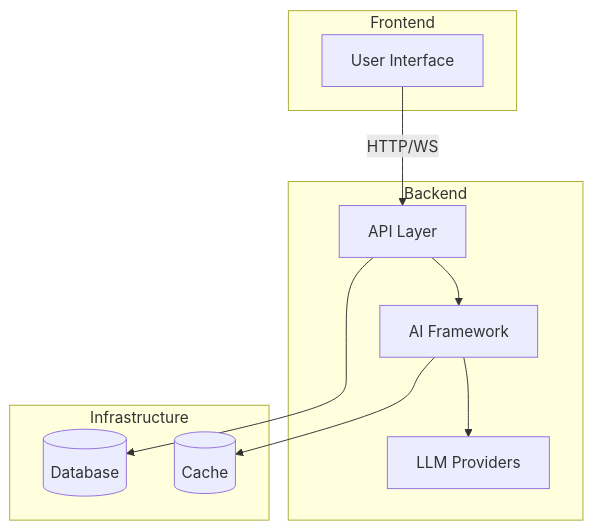
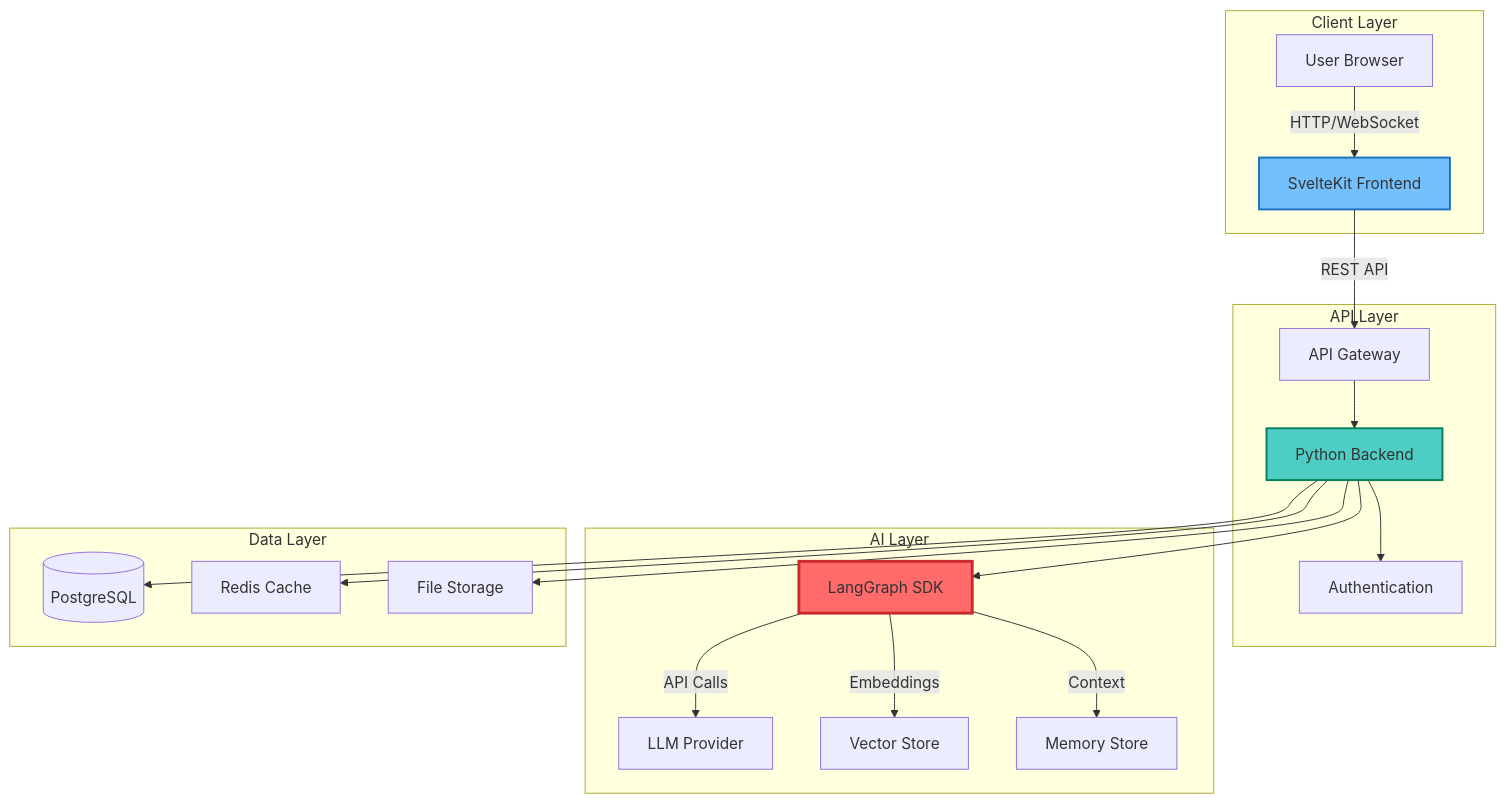
The diagram in README.md (mk-knight23/AI-SDK-LANGGRAPH), drawn with Mermaid before and after one commit. The commit also changed other lines of this file, not shown here.

````diff
--- a/README.md
+++ b/README.md
@@ -90,23 +332,42 @@
 ```mermaid
 graph TB
-    subgraph "Frontend"
-        UI[User Interface]
+    subgraph "Client Layer"
+        A[User Browser]
+        B[SvelteKit Frontend]
     end
-    
-    subgraph "Backend"
-        API[API Layer]
-        Core[AI Framework]
-        Providers[LLM Providers]
+
+    subgraph "API Layer"
+        C[API Gateway]
+        D[Python Backend]
+        E[Authentication]
     end
-    
-    subgraph "Infrastructure"
-        DB[(Database)]
-        Cache[(Cache)]
+
+    subgraph "AI Layer"
+        F[LangGraph SDK]
+        G[LLM Provider]
+        H[Vector Store]
+        I[Memory Store]
     end
-    
-    UI -->|HTTP/WS| API
-    API --> Core
-    Core --> Providers
-    API --> DB
-    Core --> Cache
+
+    subgraph "Data Layer"
+        J[(PostgreSQL)]
+        K[Redis Cache]
+        L[File Storage]
+    end
+
+    A -->|HTTP/WebSocket| B
+    B -->|REST API| C
+    C --> D
+    D --> E
+    D --> F
+    F -->|API Calls| G
+    F -->|Embeddings| H
+    F -->|Context| I
+    D --> J
+    D --> K
+    D --> L
+
+    style F fill:#ff6b6b,stroke:#c92a2a,stroke-width:3px
+    style D fill:#4ecdc4,stroke:#087f5b,stroke-width:2px
+    style B fill:#74c0fc,stroke:#1971c2,stroke-width:2px
 ```
````
